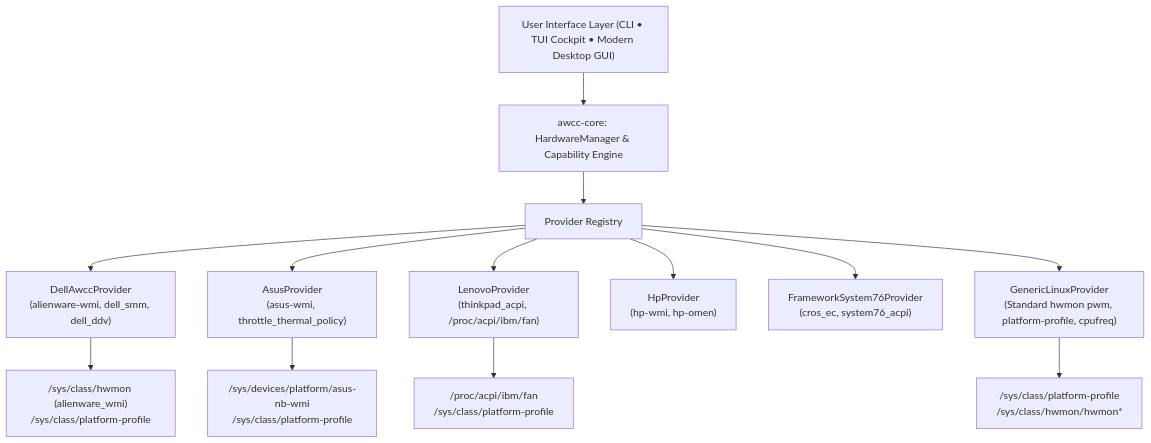
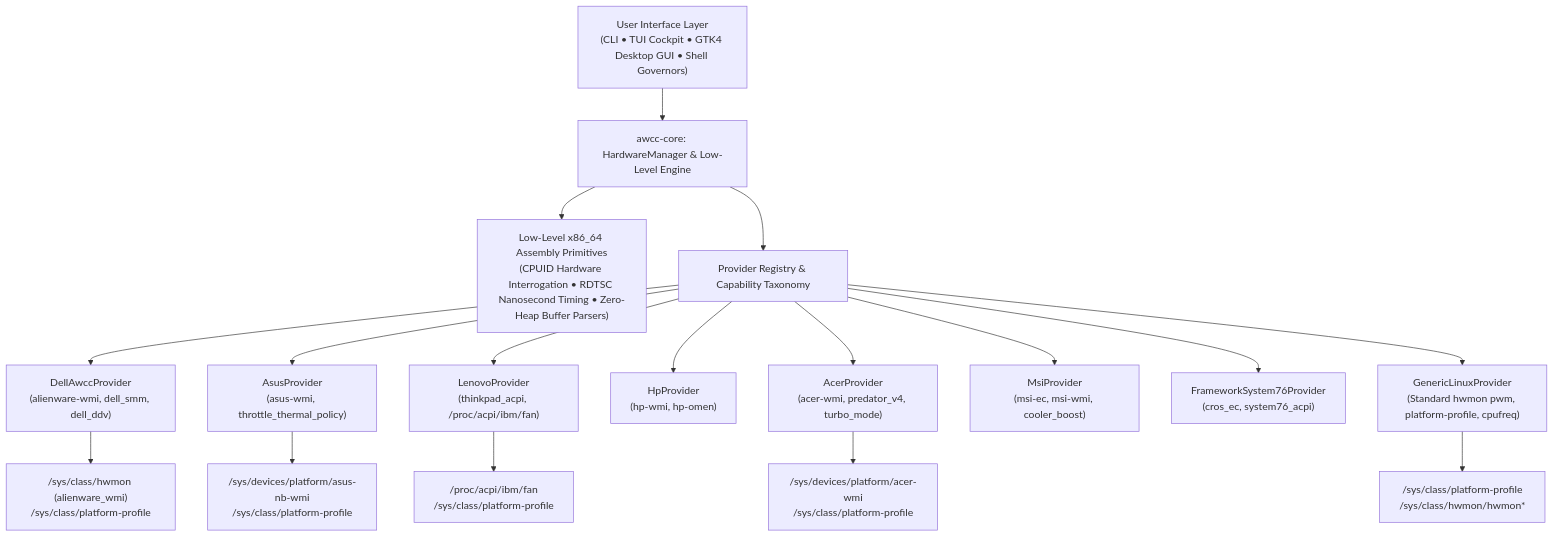
One commit to Monkey0-9/Awcc changed the diagram in README.md. Above: the diagram before and after it, drawn with Mermaid. The commit also changed other lines of this file, not shown here.

Commit message:
docs: comprehensive update to README.md covering assembly primitives, live monitoring, shell completions, and GUI

````diff
--- a/README.md
+++ b/README.md
@@ -11,19 +11,23 @@
 ```mermaid
 flowchart TD
-    User["User Interface Layer (CLI • TUI Cockpit • Modern Desktop GUI)"]
-    User --> HardwareManager["awcc-core: HardwareManager & Capability Engine"]
+    User["User Interface Layer\n(CLI • TUI Cockpit • GTK4 Desktop GUI • Shell Governors)"]
+    User --> HardwareManager["awcc-core: HardwareManager & Low-Level Engine"]
     
-    HardwareManager --> Registry["Provider Registry"]
+    HardwareManager --> LowLevel["Low-Level x86_64 Assembly Primitives\n(CPUID Hardware Interrogation • RDTSC Nanosecond Timing • Zero-Heap Buffer Parsers)"]
+    HardwareManager --> Registry["Provider Registry & Capability Taxonomy"]
     
     Registry --> DellProv["DellAwccProvider\n(alienware-wmi, dell_smm, dell_ddv)"]
     Registry --> AsusProv["AsusProvider\n(asus-wmi, throttle_thermal_policy)"]
     Registry --> LenovoProv["LenovoProvider\n(thinkpad_acpi, /proc/acpi/ibm/fan)"]
     Registry --> HpProv["HpProvider\n(hp-wmi, hp-omen)"]
+    Registry --> AcerProv["AcerProvider\n(acer-wmi, predator_v4, turbo_mode)"]
+    Registry --> MsiProv["MsiProvider\n(msi-ec, msi-wmi, cooler_boost)"]
     Registry --> FrameworkProv["FrameworkSystem76Provider\n(cros_ec, system76_acpi)"]
     Registry --> GenericProv["GenericLinuxProvider\n(Standard hwmon pwm, platform-profile, cpufreq)"]
     
     DellProv --> Sysfs1["/sys/class/hwmon (alienware_wmi)\n/sys/class/platform-profile"]
     AsusProv --> Sysfs2["/sys/devices/platform/asus-nb-wmi\n/sys/class/platform-profile"]
     LenovoProv --> Sysfs3["/proc/acpi/ibm/fan\n/sys/class/platform-profile"]
-    GenericProv --> Sysfs4["/sys/class/platform-profile\n/sys/class/hwmon/hwmon*"]
+    AcerProv --> Sysfs4["/sys/devices/platform/acer-wmi\n/sys/class/platform-profile"]
+    GenericProv --> Sysfs5["/sys/class/platform-profile\n/sys/class/hwmon/hwmon*"]
 ```
````
